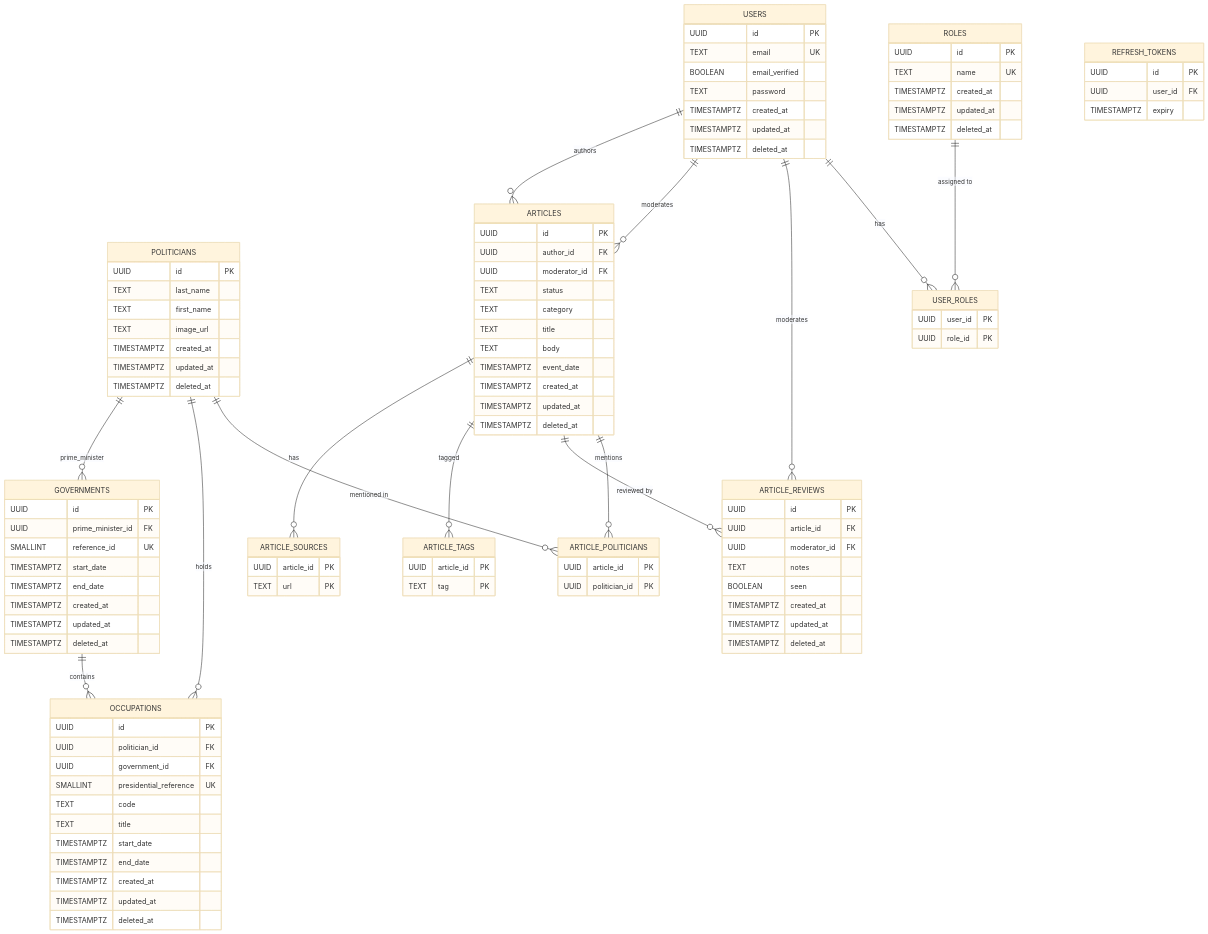
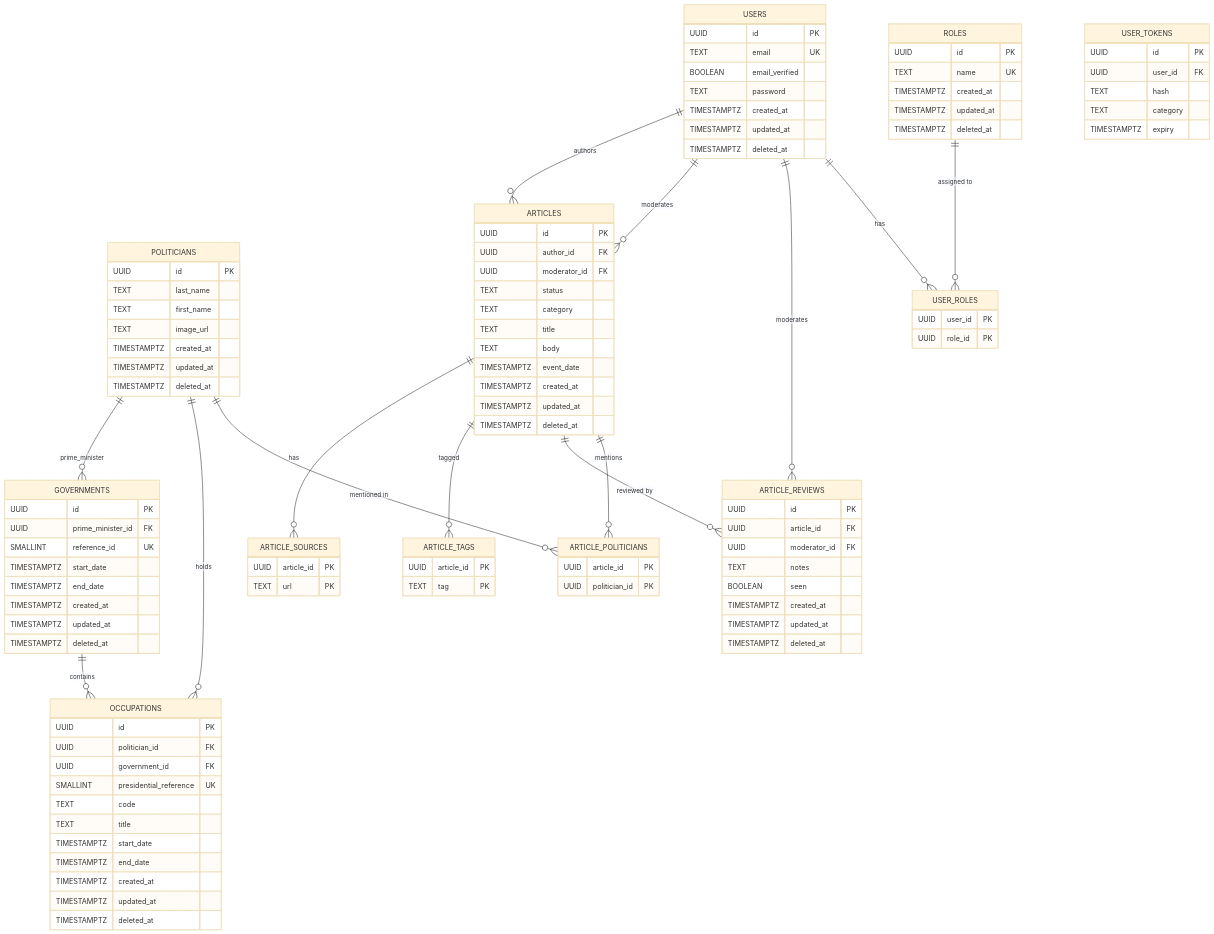
Before and after one commit to josselinchevalay/vigie-du-mensonge: the diagram in database/schema.md, drawn with Mermaid (base theme). The commit also changed 85 other files, not shown here.

First line of the commit message:
Remove mock repository and service tests, replace `refresh_tokens` with `user_tokens`

```diff
--- a/database/schema.md
+++ b/database/schema.md
@@ -62,9 +62,11 @@
         UUID role_id PK
     }
     
-    REFRESH_TOKENS {
+    USER_TOKENS {
         UUID id PK
         UUID user_id FK
+        TEXT hash
+        TEXT category
         TIMESTAMPTZ expiry
     }
 
```
